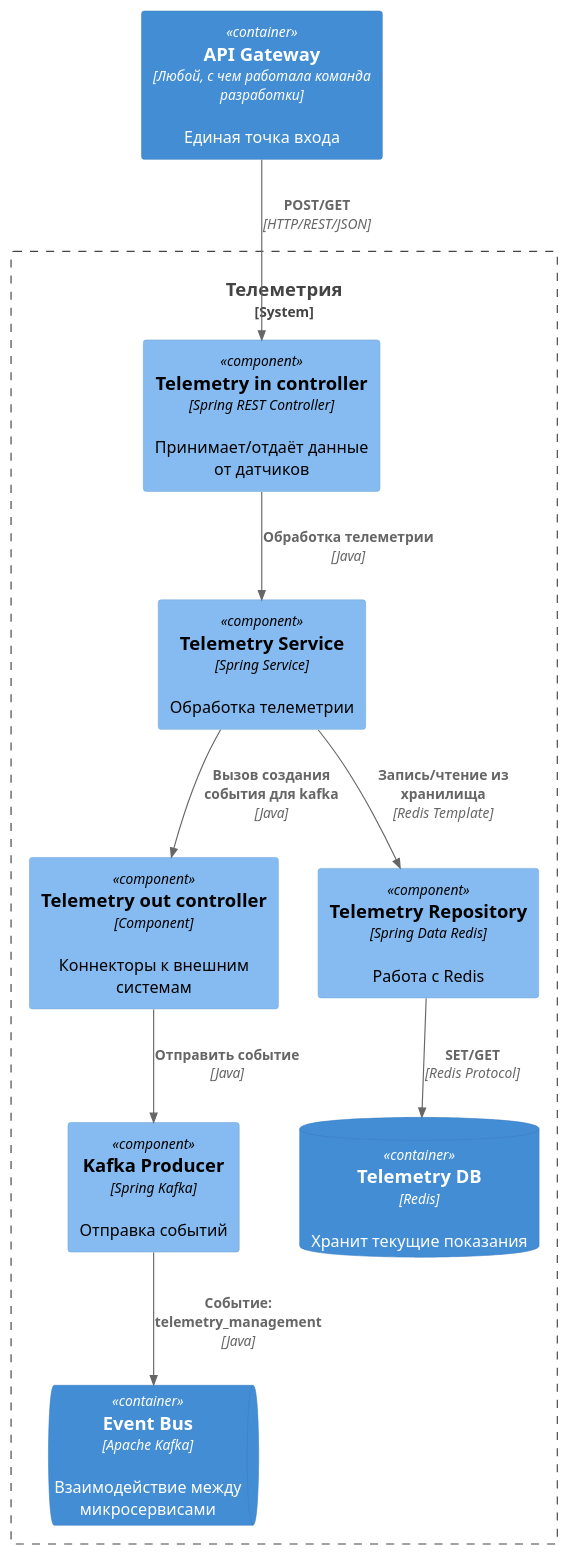
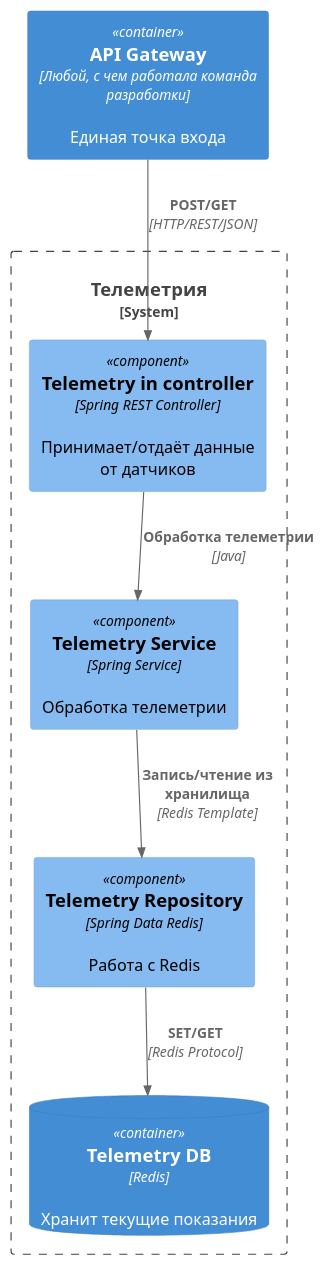
The diagram in to_be_architecture/telemetry_service.puml (Azhdankov/architecture-sprint-3), drawn with PlantUML before and after one commit. The commit also changed 17 other files, not shown here.

```diff
--- a/to_be_architecture/telemetry_service.puml
+++ b/to_be_architecture/telemetry_service.puml
@@ -1,25 +1,19 @@
 @startuml TelemetryServiceComponents
 !include https://raw.githubusercontent.com/plantuml-stdlib/C4-PlantUML/master/C4_Component.puml
 
 System_Boundary(telemetry_boundary, "Телеметрия") {
     ContainerDb(telemetry_db, "Telemetry DB", "Redis", "Хранит текущие показания")
-    ContainerQueue(kafka, "Event Bus", "Apache Kafka", "Взаимодействие между микросервисами")
 
     Component(telemetry_in, "Telemetry in controller", "Spring REST Controller", "Принимает/отдаёт данные от датчиков")
-    Component(telemetry_out, "Telemetry out controller", "Component", "Коннекторы к внешним системам")
     Component(telemetry_service, "Telemetry Service", "Spring Service", "Обработка телеметрии")
     Component(telemetry_repository, "Telemetry Repository", "Spring Data Redis", "Работа с Redis")
-    Component(kafka_producer, "Kafka Producer", "Spring Kafka", "Отправка событий")
 }
 
 Container(api_gateway, "API Gateway", "Любой, с чем работала команда разработки", "Единая точка входа")
 
 Rel(api_gateway, telemetry_in, "POST/GET", "HTTP/REST/JSON")
 Rel(telemetry_in, telemetry_service, "Обработка телеметрии", "Java")
 Rel(telemetry_service, telemetry_repository, "Запись/чтение из хранилища", "Redis Template")
 Rel(telemetry_repository, telemetry_db, "SET/GET", "Redis Protocol")
-Rel(telemetry_service, telemetry_out, "Вызов создания события для kafka", "Java")
-Rel(telemetry_out, kafka_producer, "Отправить событие", "Java")
-Rel(kafka_producer, kafka, "Событие: telemetry_management", "Java")
 
 @enduml
```
